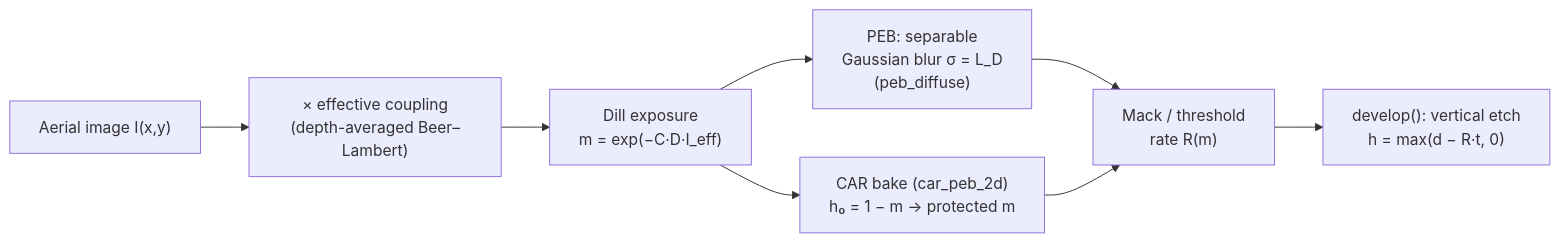
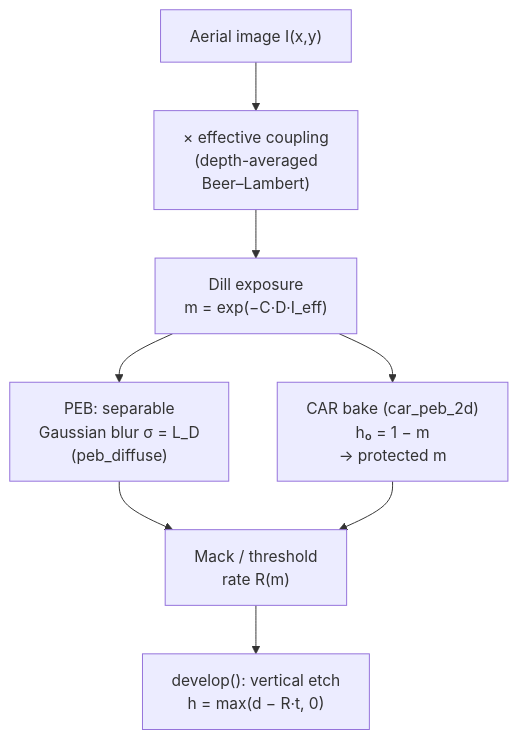
The first of 2 diagrams in docs/processes/resist-models.md (sonoransun/highuvlith), drawn with Mermaid before and after one commit. The commit also changed other lines of this file and 615 other files, not shown here.

````diff
--- a/docs/processes/resist-models.md
+++ b/docs/processes/resist-models.md
@@ -21,10 +59,10 @@
 ```mermaid
-flowchart LR
-    AER["Aerial image I(x,y)"] --> CPL["× effective coupling<br/>(depth-averaged Beer–Lambert)"]
+flowchart TD
+    AER["Aerial image I(x,y)"] --> CPL["× effective coupling<br/>(depth-averaged<br/>Beer–Lambert)"]
     CPL --> DILL["Dill exposure<br/>m = exp(−C·D·I_eff)"]
     DILL --> PEB["PEB: separable<br/>Gaussian blur σ = L_D<br/>(peb_diffuse)"]
-    DILL --> CAR["CAR bake (car_peb_2d)<br/>h₀ = 1 − m → protected m"]
+    DILL --> CAR["CAR bake (car_peb_2d)<br/>h₀ = 1 − m<br/>→ protected m"]
     PEB --> RATE["Mack / threshold<br/>rate R(m)"]
     CAR --> RATE
     RATE --> DEV["develop(): vertical etch<br/>h = max(d − R·t, 0)"]
 ```
````
